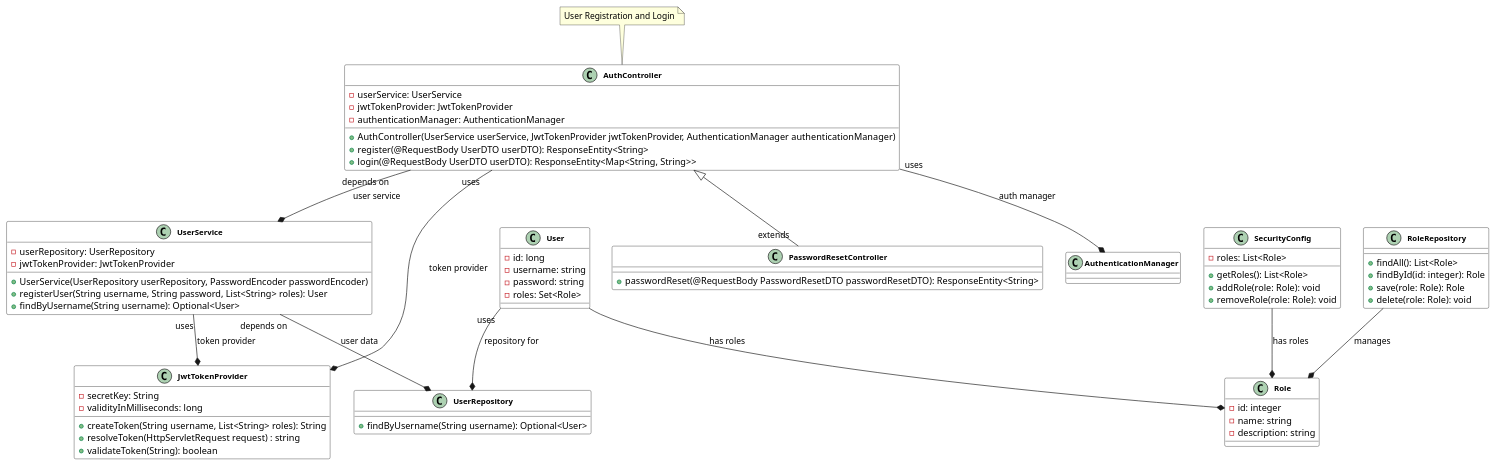
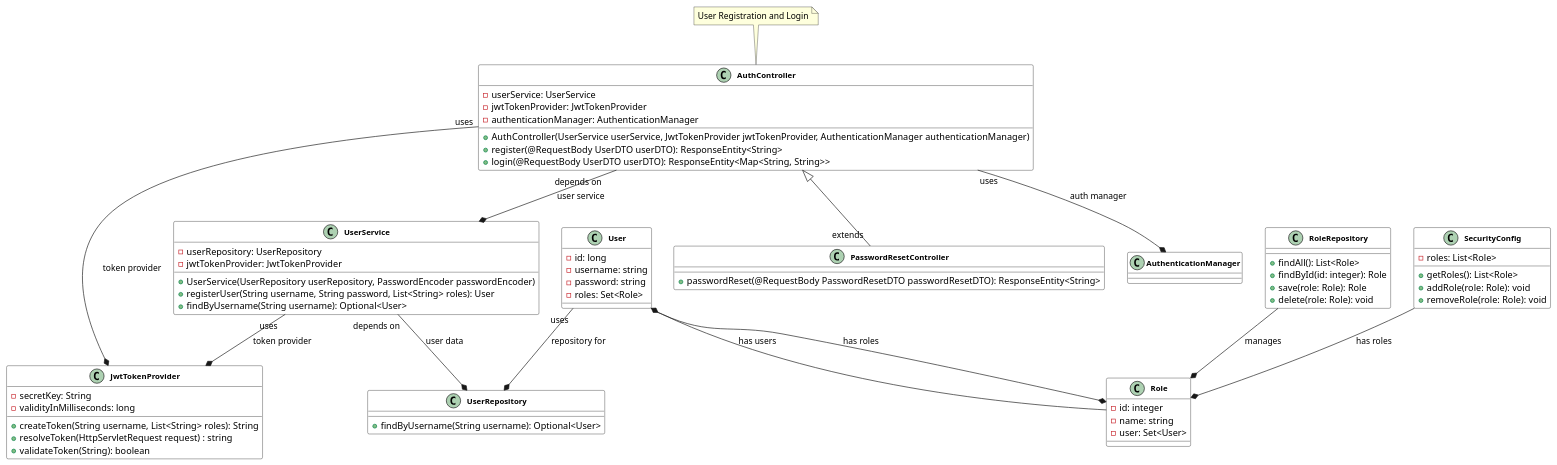
Before and after one commit to Obaid-Ghafoori/bank-statement-processor: the diagram in src/main/resources/UserAuthenticationAuthorization.puml, drawn with PlantUML.

Commit message:
feat: update uml class diagram

```diff
--- a/src/main/resources/UserAuthenticationAuthorization.puml
+++ b/src/main/resources/UserAuthenticationAuthorization.puml
@@ -1,82 +1,84 @@
 @startuml
 skinparam class {
   BackgroundColor White
   BorderColor Black
   FontSize 12
   FontStyle Bold
 }
 
 class User {
   - id: long
   - username: string
   - password: string
   - roles: Set<Role>
 }
 
 class UserRepository {
   + findByUsername(String username): Optional<User>
 }
 
 class UserService {
   - userRepository: UserRepository
   - jwtTokenProvider: JwtTokenProvider
   + UserService(UserRepository userRepository, PasswordEncoder passwordEncoder)
   + registerUser(String username, String password, List<String> roles): User
   + findByUsername(String username): Optional<User>
 }
 
 class JwtTokenProvider {
   - secretKey: String
   - validityInMilliseconds: long
   + createToken(String username, List<String> roles): String
   + resolveToken(HttpServletRequest request) : string
   + validateToken(String): boolean
 }
 
 class AuthController {
   - userService: UserService
   - jwtTokenProvider: JwtTokenProvider
   - authenticationManager: AuthenticationManager
   + AuthController(UserService userService, JwtTokenProvider jwtTokenProvider, AuthenticationManager authenticationManager)
   + register(@RequestBody UserDTO userDTO): ResponseEntity<String>
   + login(@RequestBody UserDTO userDTO): ResponseEntity<Map<String, String>>
 }
 
 class PasswordResetController {
   + passwordReset(@RequestBody PasswordResetDTO passwordResetDTO): ResponseEntity<String>
 }
 
 class Role {
   - id: integer
   - name: string
-  - description: string
+  - user: Set<User>
 }
 
 class RoleRepository {
   + findAll(): List<Role>
   + findById(id: integer): Role
   + save(role: Role): Role
   + delete(role: Role): void
 }
 
 class SecurityConfig {
   - roles: List<Role>
   + getRoles(): List<Role>
   + addRole(role: Role): void
   + removeRole(role: Role): void
 }
 
-User --* Role : "has roles"
+
 User "uses" --* UserRepository : "repository for"
 UserService "depends on" --* UserRepository : "user data"
 UserService "uses" --* JwtTokenProvider : "token provider"
 AuthController "depends on" --* UserService : "user service"
 AuthController "uses" --* JwtTokenProvider : "token provider"
 AuthController "uses" --* AuthenticationManager : "auth manager"
 AuthController <|-- "extends" PasswordResetController
 RoleRepository --* Role : "manages"
 SecurityConfig --* Role : "has roles"
+Role --* User : "has users"
+User --* Role : "has roles"
 
 note "User Registration and Login" as N1
 N1 ..> AuthController
 @enduml
```
